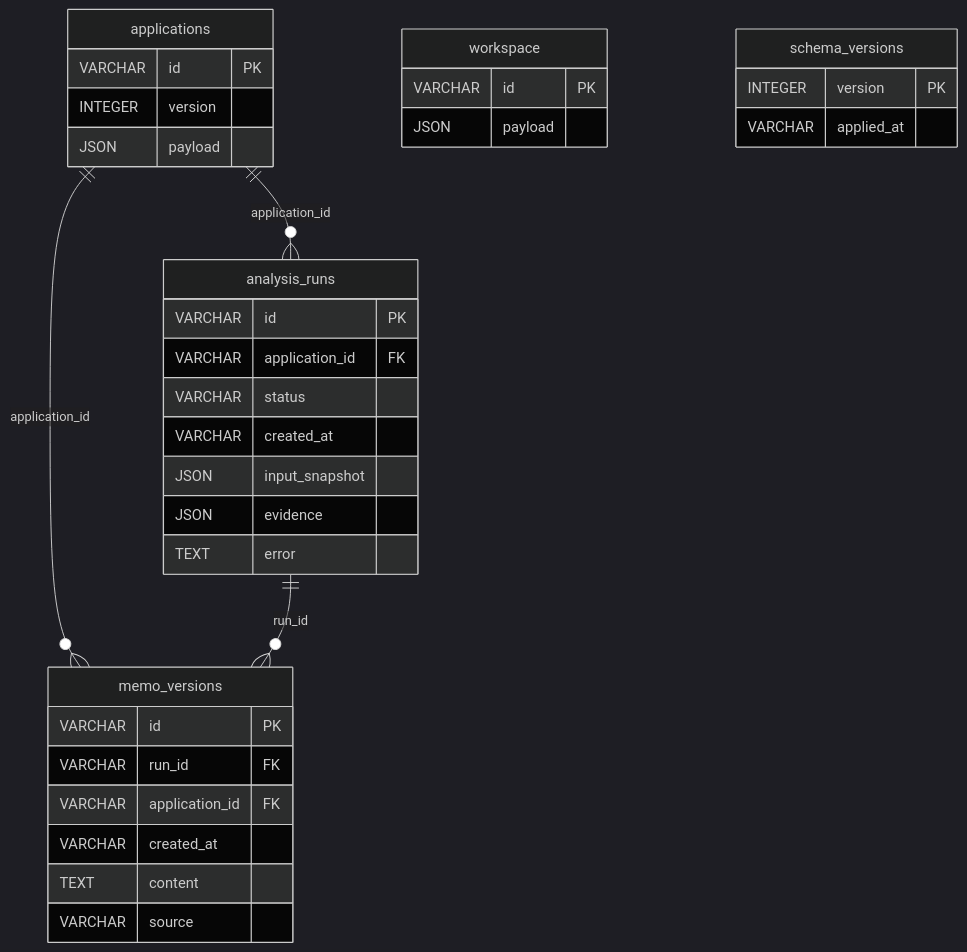
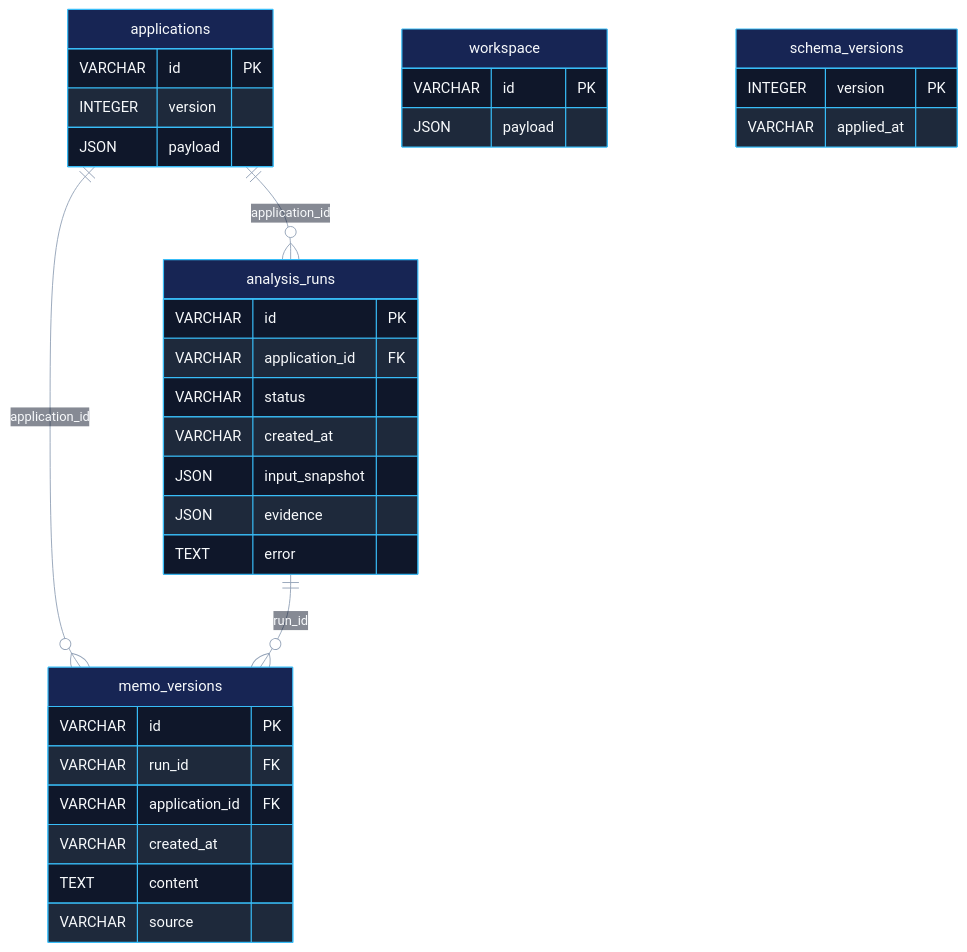
The second of 3 diagrams in README.md (anthonyx21/A4I2026-challenge-3-micro-grants), drawn with Mermaid before and after one commit. The commit also changed other lines of this file and 9 other files, not shown here.

Commit message:
Add submission documentation and two-minute demo script; improve ERD colors

````diff
--- a/README.md
+++ b/README.md
@@ -115,37 +115,58 @@
 ```mermaid
-%%{init: {'theme':'dark'}}%%
+%%{init: {
+  "theme": "base",
+  "themeVariables": {
+    "darkMode": true,
+    "background": "#0b0f14",
+    "primaryColor": "#172554",
+    "primaryTextColor": "#f8fafc",
+    "primaryBorderColor": "#38bdf8",
+    "mainBkg": "#172554",
+    "nodeBorder": "#38bdf8",
+    "nodeTextColor": "#f8fafc",
+    "textColor": "#f8fafc",
+    "lineColor": "#94a3b8",
+    "secondaryColor": "#1e293b",
+    "tertiaryColor": "#0f172a",
+    "edgeLabelBackground": "#0f172a",
+    "attributeBackgroundColorOdd": "#0f172a",
+    "attributeBackgroundColorEven": "#1e293b",
+    "rowOdd": "#0f172a",
+    "rowEven": "#1e293b"
+  }
+}}%%
 erDiagram
     applications ||--o{ analysis_runs : application_id
     applications ||--o{ memo_versions : application_id
     analysis_runs ||--o{ memo_versions : run_id
     applications {
         VARCHAR id PK
         INTEGER version
         JSON payload
     }
     analysis_runs {
         VARCHAR id PK
         VARCHAR application_id FK
         VARCHAR status
         VARCHAR created_at
         JSON input_snapshot
         JSON evidence
         TEXT error
     }
     memo_versions {
         VARCHAR id PK
         VARCHAR run_id FK
         VARCHAR application_id FK
         VARCHAR created_at
         TEXT content
         VARCHAR source
     }
     workspace {
         VARCHAR id PK
         JSON payload
     }
     schema_versions {
         INTEGER version PK
         VARCHAR applied_at
     }
 ```
````
